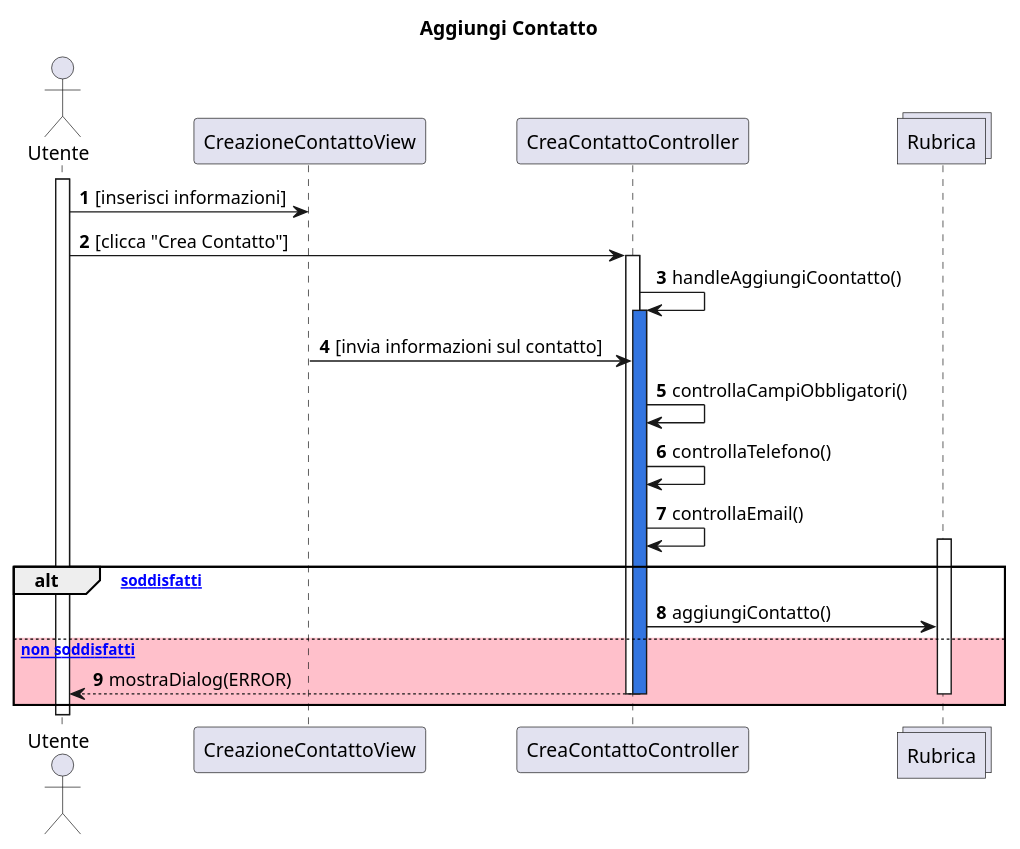
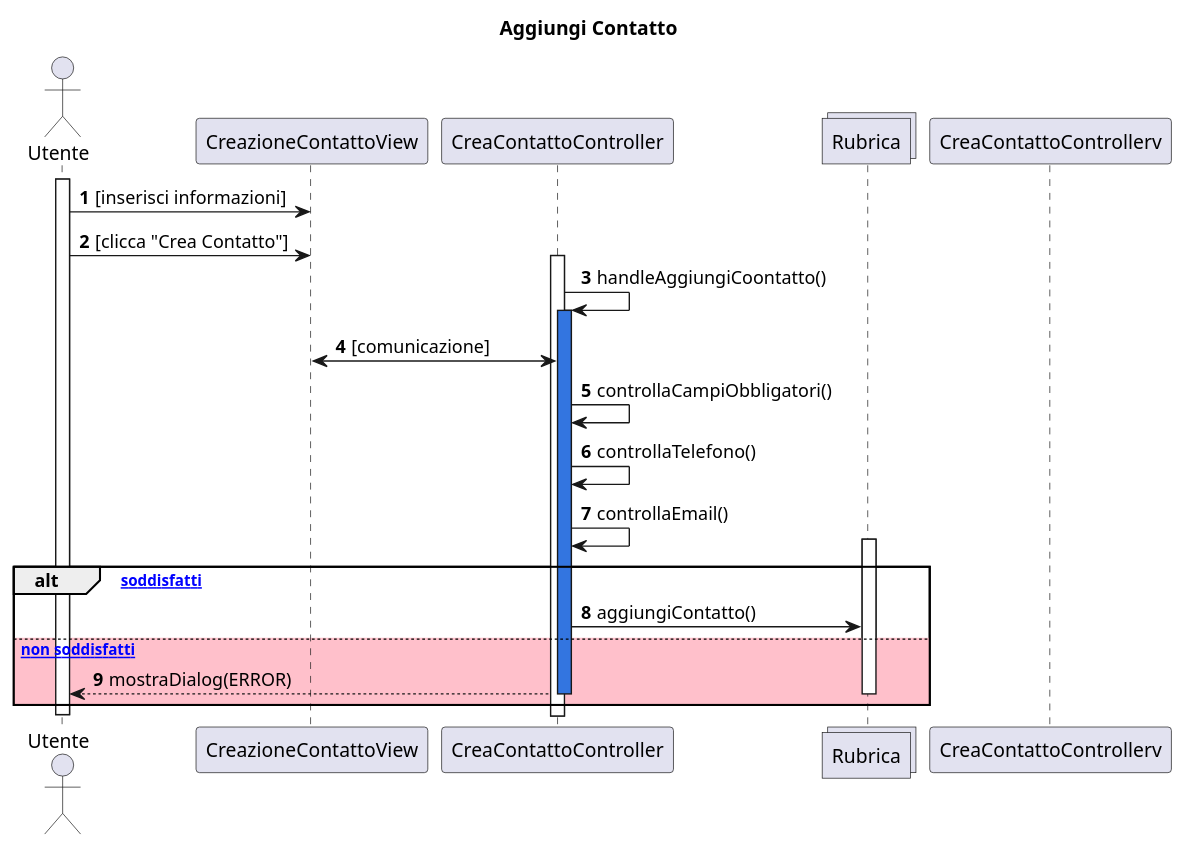
Before and after one commit to emanueletocci/uni-swe-project: the diagram in docs/bozze/Diagrammi/Sequenza/ScenarioAggiungiContatto.puml, drawn with PlantUML.

```diff
--- a/docs/bozze/Diagrammi/Sequenza/ScenarioAggiungiContatto.puml
+++ b/docs/bozze/Diagrammi/Sequenza/ScenarioAggiungiContatto.puml
@@ -1,32 +1,32 @@
 @startuml
 title Aggiungi Contatto
 autonumber
 actor Utente
 participant CreazioneContattoView
 participant CreaContattoController
 collections Rubrica
 
 activate Utente
 Utente->CreazioneContattoView: [inserisci informazioni]
-Utente->CreaContattoController: [clicca "Crea Contatto"]
+Utente->CreazioneContattoView: [clicca "Crea Contatto"]
 activate CreaContattoController
 CreaContattoController -> CreaContattoController : handleAggiungiCoontatto()
 activate CreaContattoController #3375E0
 
-CreazioneContattoView-> CreaContattoController : [invia informazioni sul contatto]
+CreazioneContattoView <-> CreaContattoController : [comunicazione]
 CreaContattoController-> CreaContattoController:  controllaCampiObbligatori()
 CreaContattoController-> CreaContattoController:  controllaTelefono()
 CreaContattoController-> CreaContattoController:  controllaEmail()
 
 alt [vincoli soddisfatti]
 activate Rubrica
 CreaContattoController-> Rubrica : aggiungiContatto()
 else #pink [vincoli non soddisfatti] 
 CreaContattoController-->Utente: mostraDialog(ERROR)
 deactivate CreaContattoController
-deactivate CreaContattoController
+deactivate CreaContattoControllerv
 deactivate Rubrica
 end
 deactivate Utente
 
 @enduml
```
